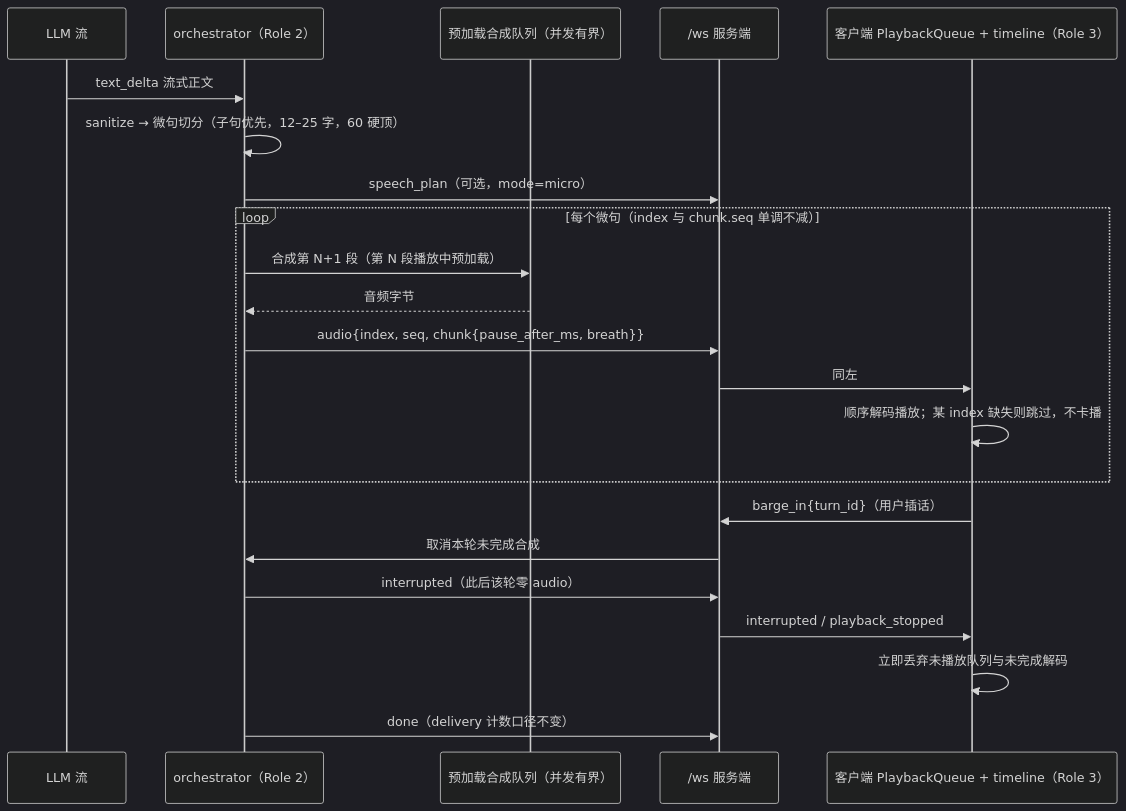
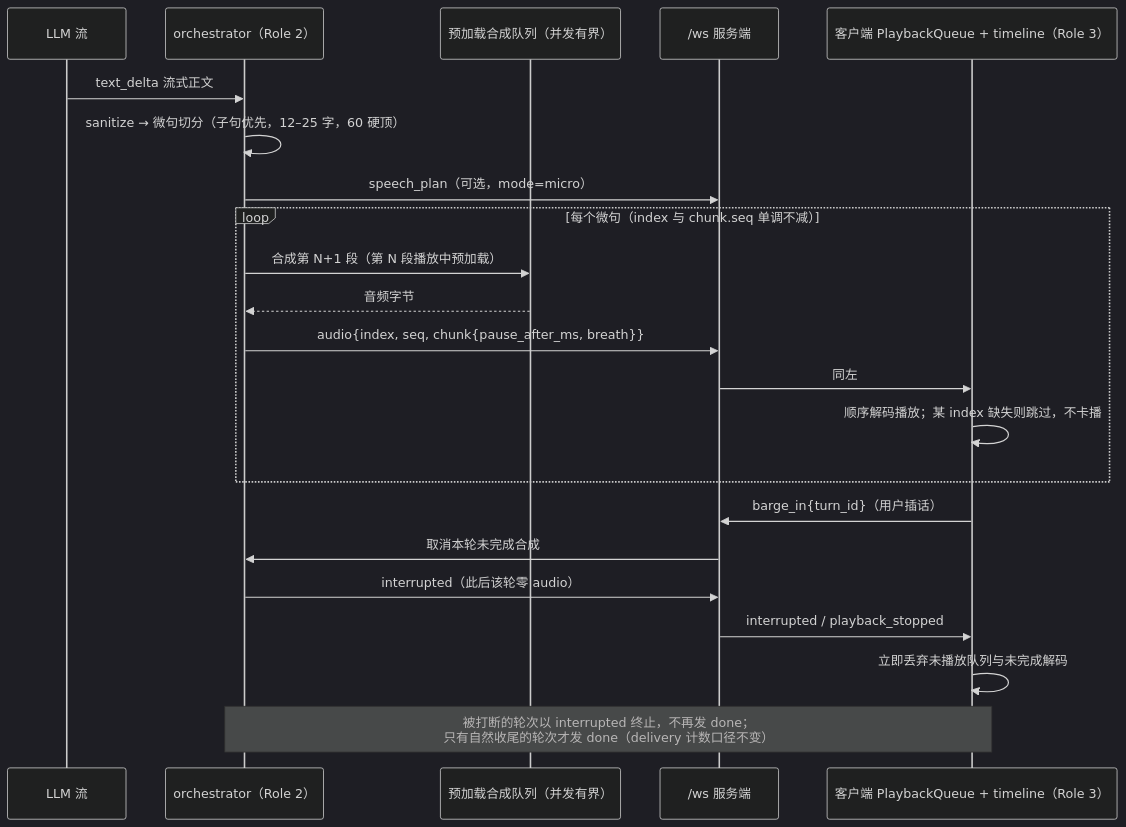
The second of 5 diagrams in docs/WORKFLOWS.md (cs1lion/xiaoxi), drawn with Mermaid (dark theme) before and after one commit.

Commit message:
docs: fix F2 workflow diagram - interrupted turns end without done

````diff
--- a/docs/WORKFLOWS.md
+++ b/docs/WORKFLOWS.md
@@ -35,24 +35,24 @@
 ```mermaid
 sequenceDiagram
     participant L as LLM 流
     participant O as orchestrator（Role 2）
     participant Q as 预加载合成队列（并发有界）
     participant S as /ws 服务端
     participant C as 客户端 PlaybackQueue + timeline（Role 3）
     L->>O: text_delta 流式正文
     O->>O: sanitize → 微句切分（子句优先，12–25 字，60 硬顶）
     O->>S: speech_plan（可选，mode=micro）
     loop 每个微句（index 与 chunk.seq 单调不减）
         O->>Q: 合成第 N+1 段（第 N 段播放中预加载）
         Q-->>O: 音频字节
         O->>S: audio{index, seq, chunk{pause_after_ms, breath}}
         S->>C: 同左
         C->>C: 顺序解码播放；某 index 缺失则跳过，不卡播
     end
     C->>S: barge_in{turn_id}（用户插话）
     S->>O: 取消本轮未完成合成
     O->>S: interrupted（此后该轮零 audio）
     S->>C: interrupted / playback_stopped
     C->>C: 立即丢弃未播放队列与未完成解码
-    O->>S: done（delivery 计数口径不变）
+    Note over O,C: 被打断的轮次以 interrupted 终止，不再发 done；<br/>只有自然收尾的轮次才发 done（delivery 计数口径不变）
 ```
````
